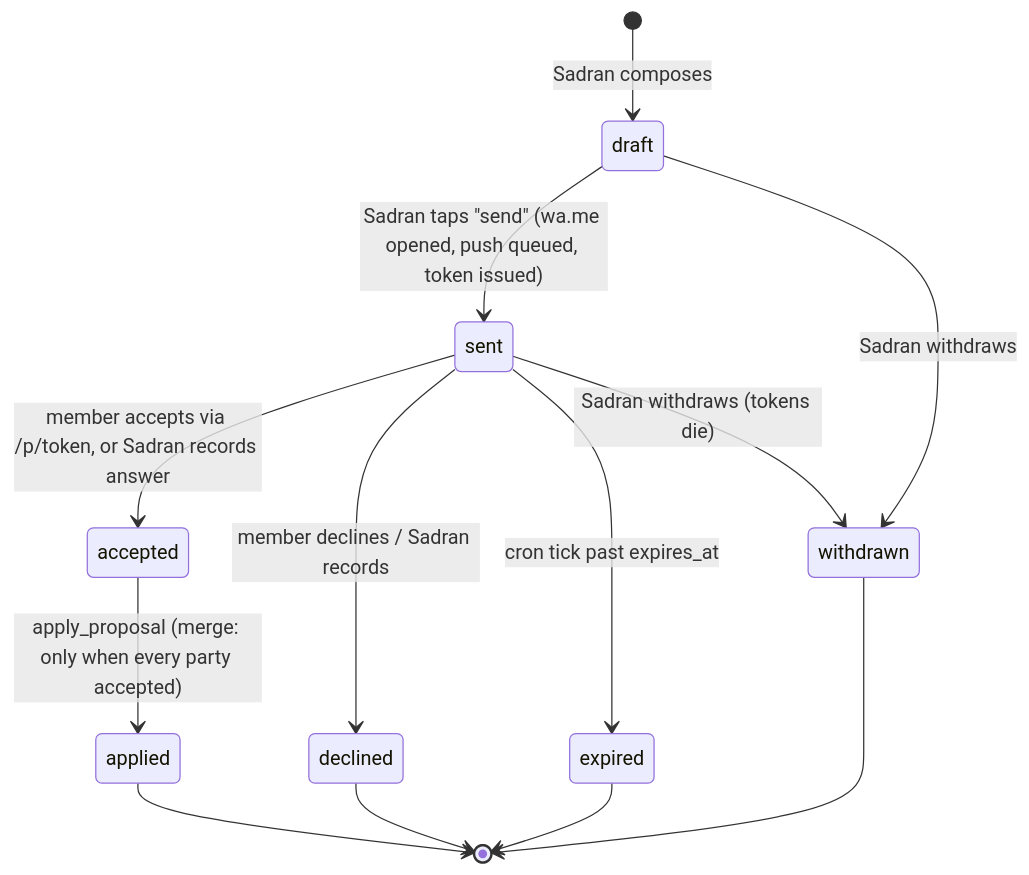
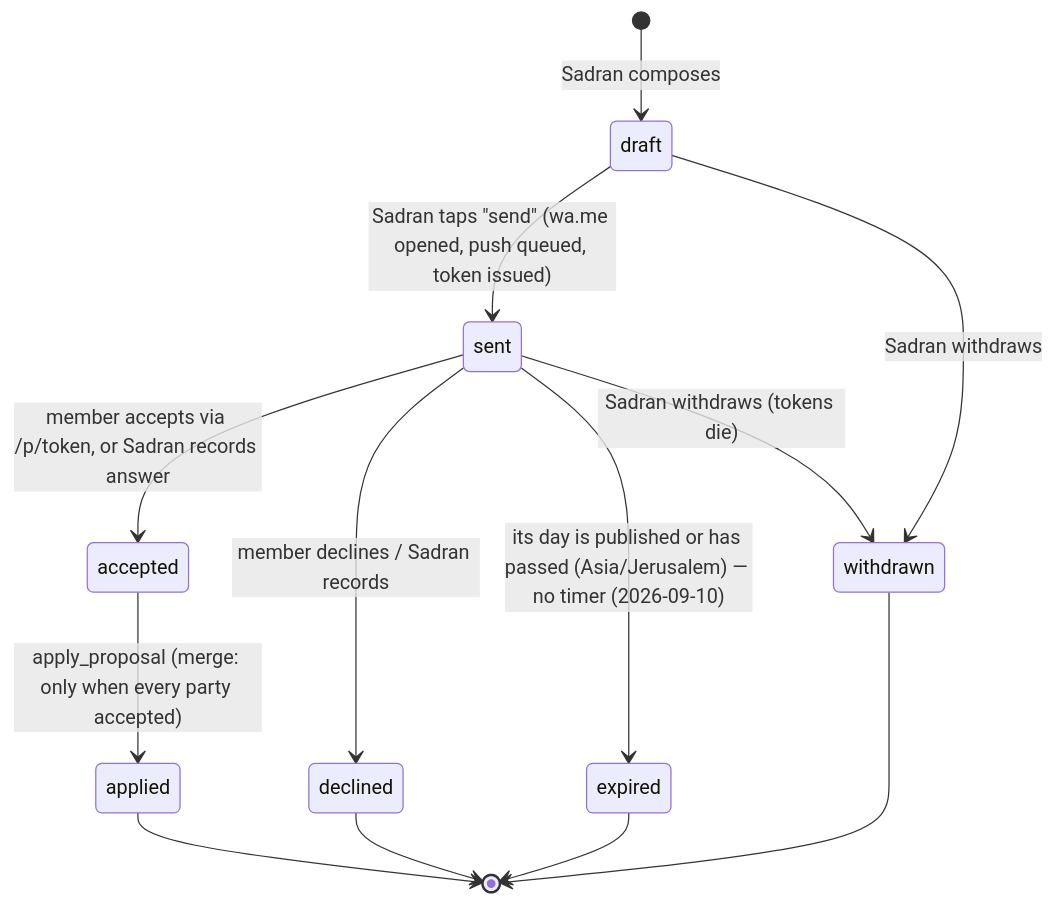
The fifth of 11 diagrams in docs/ARCHITECTURE.md (omriglass/CarSiddur), drawn with Mermaid before and after one commit. The commit also changed other lines of this file and 26 other files, not shown here.

````diff
--- a/docs/ARCHITECTURE.md
+++ b/docs/ARCHITECTURE.md
@@ -215,15 +215,15 @@
 ```mermaid
 stateDiagram-v2
   [*] --> draft: Sadran composes
   draft --> sent: Sadran taps "send" (wa.me opened, push queued, token issued)
   sent --> accepted: member accepts via /p/token, or Sadran records answer
   sent --> declined: member declines / Sadran records
-  sent --> expired: cron tick past expires_at
+  sent --> expired: its day is published or has passed (Asia/Jerusalem) — no timer (2026-09-10)
   draft --> withdrawn: Sadran withdraws
   sent --> withdrawn: Sadran withdraws (tokens die)
   accepted --> applied: apply_proposal (merge: only when every party accepted)
   declined --> [*]
   expired --> [*]
   withdrawn --> [*]
   applied --> [*]
 ```
````
